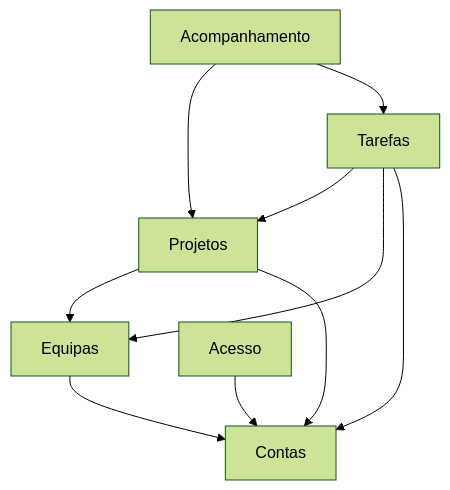
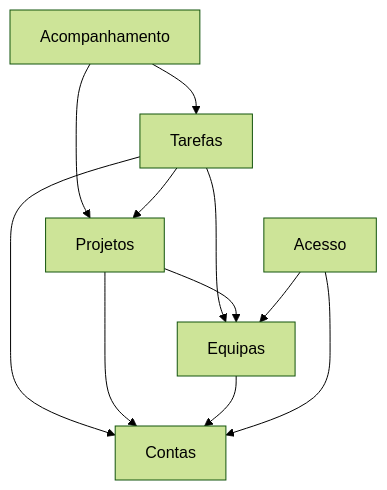
Before and after one commit to vapreace/ai-power-software-engineering-matrix: the second of 4 diagrams in docs/architecture.md, drawn with Mermaid (forest theme). The commit also changed other lines of this file and 53 other files, not shown here.

````diff
--- a/docs/architecture.md
+++ b/docs/architecture.md
@@ -151,12 +151,13 @@
 ```mermaid
 flowchart TD
     Acompanhamento --> Projetos
     Acompanhamento --> Tarefas
     Tarefas --> Projetos
     Tarefas --> Equipas
     Tarefas --> Contas
     Projetos --> Equipas
     Projetos --> Contas
     Equipas --> Contas
     Acesso --> Contas
+    Acesso --> Equipas
 ```
````
